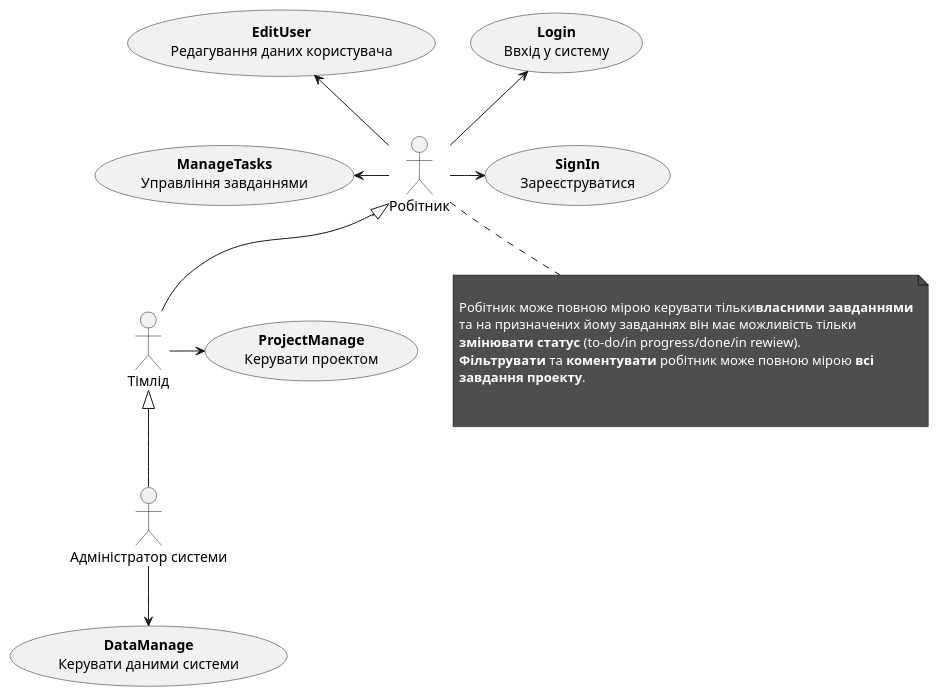
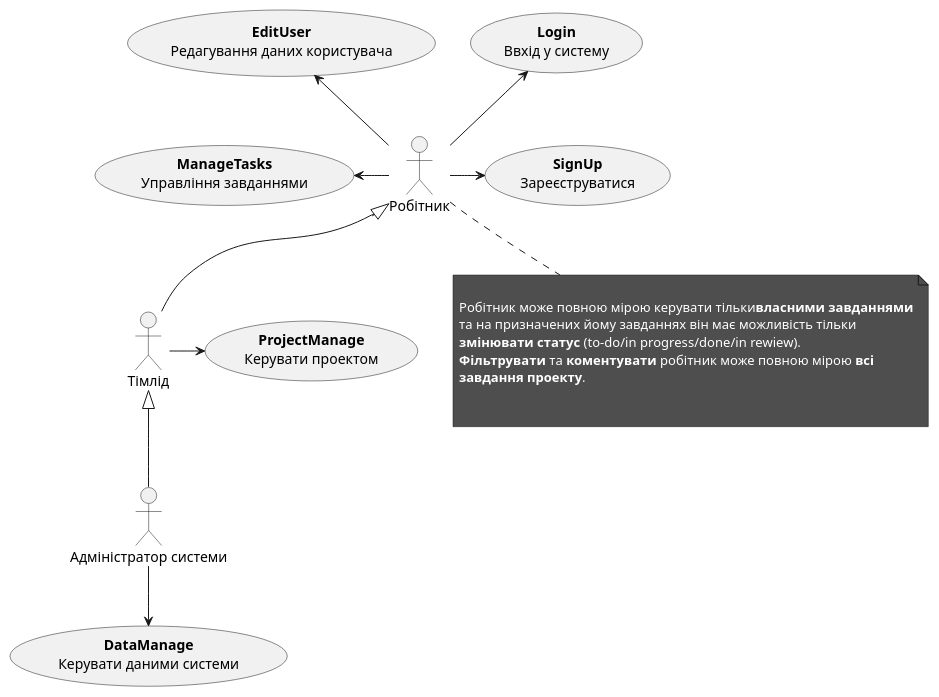
One commit to matshp0/db-coursework changed the first of 5 diagrams in docs/project/use_cases.md. Above: the diagram before and after it, drawn with PlantUML. The commit also changed other lines of this file, not shown here.

Commit message:
Removed signIn with signUp

````diff
--- a/docs/project/use_cases.md
+++ b/docs/project/use_cases.md
@@ -5,53 +5,53 @@
 ```plantuml
 
 @startuml
 skinparam noteFontColor white
 
 actor "Робітник" as Collaborator
 
 
-usecase "<b>SignIn</b>\nЗареєструватися" as SignIn
+usecase "<b>SignUp</b>\nЗареєструватися" as SignUp
 usecase "<b>Login</b>\nВвхід у систему" as Login
 usecase "<b>ManageTasks</b>\nУправління завданнями" as ManageTasks
 usecase "<b>EditUser</b>\nРедагування даних користувача" as EditUser
 
 
-Collaborator -r-> SignIn
+Collaborator -r-> SignUp
 Collaborator -u-> Login
 Collaborator -l-> ManageTasks
 Collaborator -u-> EditUser
 
 
 
 
 note bottom of Collaborator  #4e4e4e
 
    Робітник може повною мірою керувати тільки<b>власними завданнями</b>
    та на призначених йому завданнях він має можливість тільки
    <b>змінювати статус</b> (to-do/in progress/done/in rewiew).
    <b>Фільтрувати</b> та <b>коментувати</b> робітник може повною мірою <b>всі</b>
    <b>завдання проекту</b>.
    
 
 end note
 
 actor "Тімлід" as Teamlead
 
 usecase "<b>ProjectManage</b>\nКерувати проектом" as ProjectManage
 
 
 
 Teamlead -> ProjectManage
 Teamlead -u-|> Collaborator
 
 actor "Адміністратор системи" as Admin
 
 usecase "<b>DataManage</b>\nКерувати даними системи" as DataManage
 
 
 Admin --> DataManage
 
 Admin -u-|> Teamlead
 @enduml
 
 ```
````
